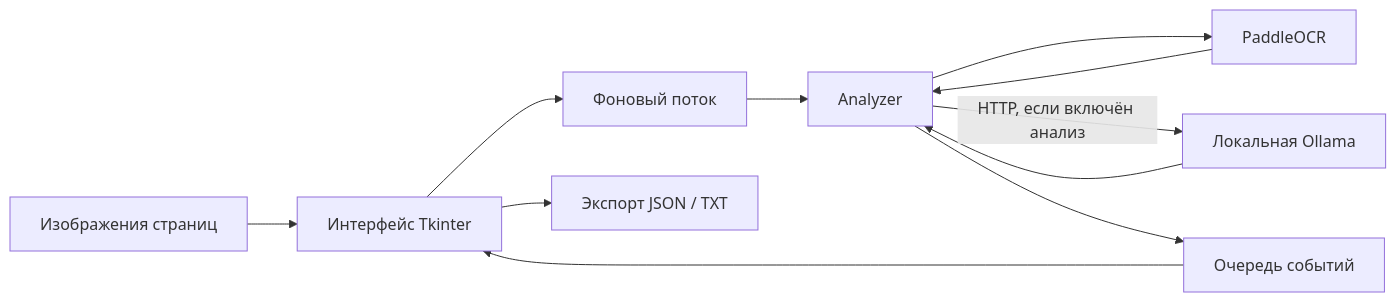
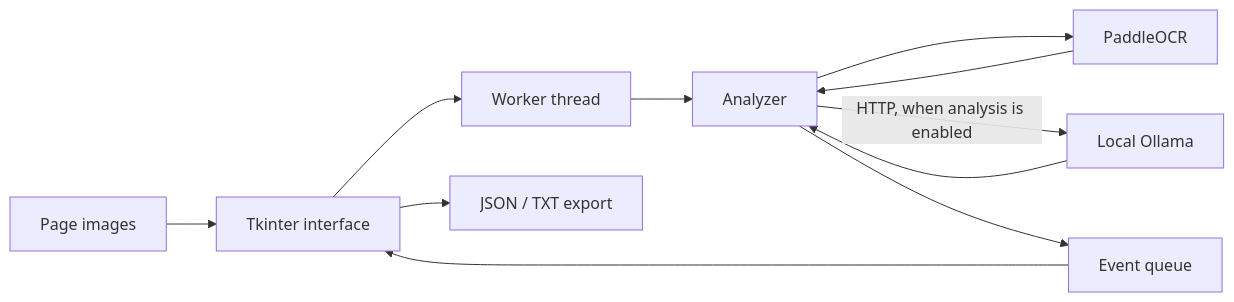
Before and after one commit to b4rtoss/-_-_ocr_benchmark: the diagram in README.md, drawn with Mermaid. The commit also changed other lines of this file and 18 other files, not shown here.

Commit message:
Localize documentation, application interface and Ollama analysis in English

````diff
--- a/README.md
+++ b/README.md
@@ -53,13 +51,13 @@
 ```mermaid
 flowchart LR
-    Files["Изображения страниц"] --> UI["Интерфейс Tkinter"]
-    UI --> Worker["Фоновый поток"]
+    Files["Page images"] --> UI["Tkinter interface"]
+    UI --> Worker["Worker thread"]
     Worker --> Engine["Analyzer"]
     Engine --> OCR["PaddleOCR"]
     OCR --> Engine
-    Engine -->|"HTTP, если включён анализ"| Ollama["Локальная Ollama"]
+    Engine -->|"HTTP, when analysis is enabled"| Ollama["Local Ollama"]
     Ollama --> Engine
-    Engine --> Queue["Очередь событий"]
+    Engine --> Queue["Event queue"]
     Queue --> UI
-    UI --> Export["Экспорт JSON / TXT"]
+    UI --> Export["JSON / TXT export"]
 ```
````
